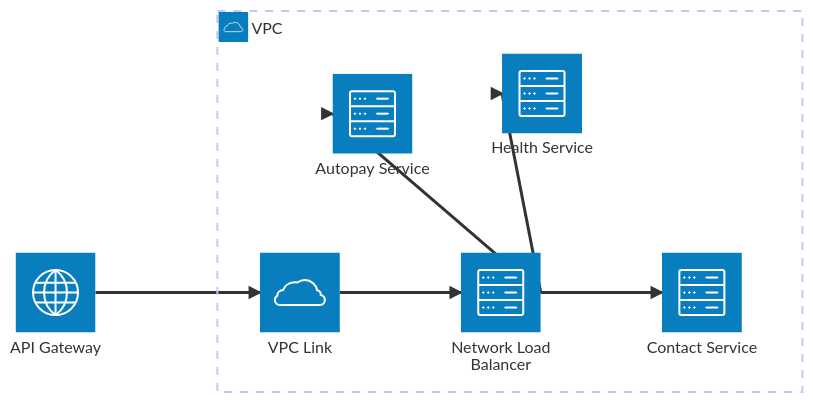
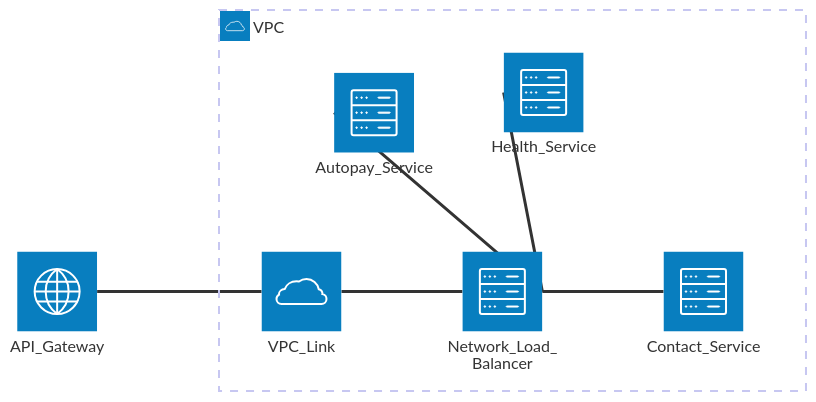
Before and after one commit to brayest/argocd-example: the diagram in README.md, drawn with Mermaid.

Commit message:
Change to Lambda Proxy for API GW

````diff
--- a/README.md
+++ b/README.md
@@ -1,26 +1,26 @@
 ```mermaid
 architecture-beta
     %% Define the VPC group
     group vpc(cloud)[VPC]
 
     %% Define API Gateway (External)
-    service api_gateway(internet)[API Gateway]
+    service api_gateway(internet)[API_Gateway]
 
     %% Define VPC Link inside VPC
-    service vpc_link(cloud)[VPC Link] in vpc
+    service vpc_link(cloud)[VPC_Link] in vpc
 
     %% Define Network Load Balancer inside VPC
-    service nlb(server)[Network Load Balancer] in vpc
+    service nlb(server)[Network_Load_Balancer] in vpc
 
     %% Define Backend Services inside VPC
-    service health_service(server)["Health Service"] in vpc
-    service autopay_service(server)["Autopay Service"] in vpc
-    service contact_service(server)["Contact Service"] in vpc
+    service health_service(server)[Health_Service] in vpc
+    service autopay_service(server)[Autopay_Service] in vpc
+    service contact_service(server)[Contact_Service] in vpc
 
     %% Define connections
-    api_gateway:R --> L:vpc_link
-    vpc_link:R --> L:nlb
-    nlb:R --> L:health_service
-    nlb:R --> L:autopay_service
-    nlb:R --> L:contact_service
+    api_gateway:R -- L:vpc_link
+    vpc_link:R -- L:nlb
+    nlb:R -- L:health_service
+    nlb:R -- L:autopay_service
+    nlb:R -- L:contact_service
 ```
````
